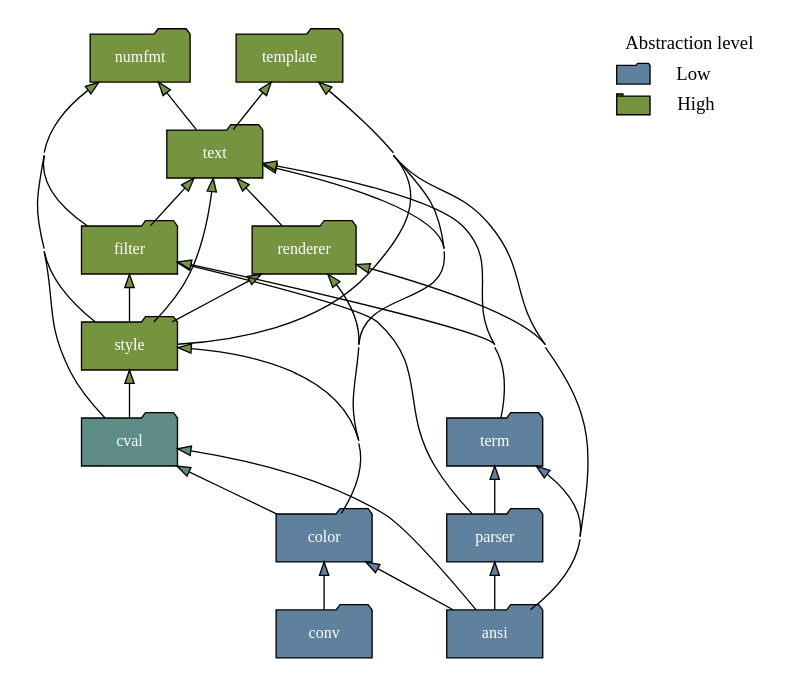
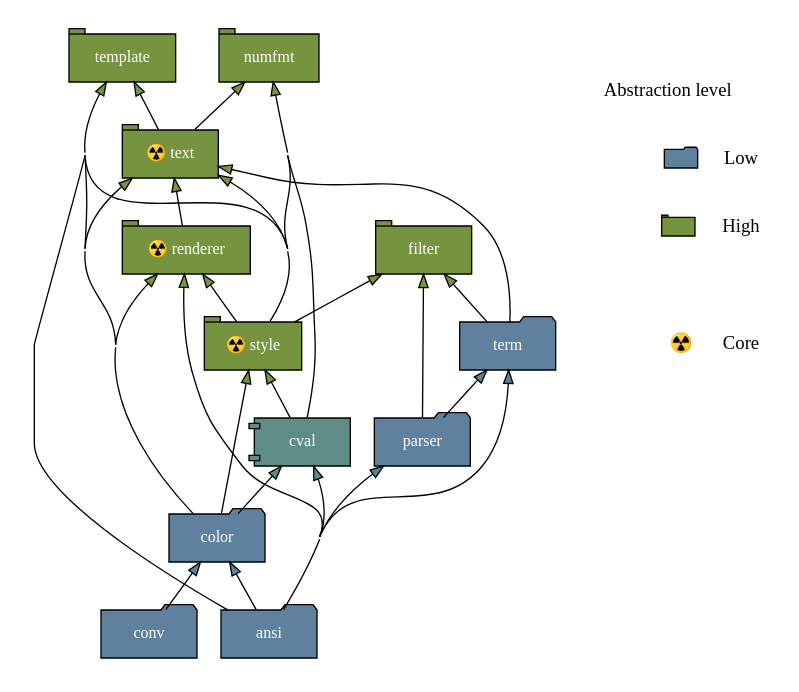
The diagram in docs/_generated/module.dot (delameter/pytermor), drawn with Graphviz before and after one commit. The commit also changed 20 other files, not shown here.

```diff
--- a/docs/_generated/module.dot
+++ b/docs/_generated/module.dot
@@ -1,64 +1,70 @@
 digraph G {
     pad = 0.25;
     concentrate = true;
     ranksep = .5;
     pack = 0;
     rankdir = BT;
 
     node [style="filled",fontname="ElementaCyr-Bold",margin="0.2,0.0",fontsize=12,shape=folder,width=1.0,height=.5];
 
     subgraph legend {
         node [fontname="Finlandica",fontsize=14];
         edge [style="invis"];
 
-        legend_name [shape=plain,fontcolor="#000000",fillcolor="none",label="Abstraction level"];
+        legend_title [shape=plain,fontcolor="#000000",fillcolor="none",label="Abstraction level"];
+
         legend_low [shape=plain,fontcolor="#000000",fillcolor="none",label="Low"];
         legend_high [shape=plain,fontcolor="#000000",fillcolor="none",label="High"];
         icon_low [shape=folder,label="",fillcolor="#5f819d",width=.35,height=.2]
         icon_high [shape=tab,label="",fillcolor="#769440",width=.35,height=.2];
+        icon_core [shape=plain,label="☢️",fillcolor=none,width=.35,height=.2];
 
+         legend_low -> legend_title [constraint=1,minlen=1,headport=e];
+        legend_high -> legend_low  [constraint=1,minlen=1];
         icon_low -> legend_low [constraint=true,minlen=0];
         icon_high -> legend_high [constraint=true,minlen=0];
+        icon_core -> legend_core [constraint=true,minlen=0];
+        legend_core [label=" Core",shape=plain,fillcolor=none];
+        legend_core -> legend_high [constraint=1,minlen=2];
+
     }
 
-    pytermor_ansi [group="low",fillcolor="#5f819d",fontcolor="#ffffff",label="ansi"];
-    pytermor_color [group="low",fillcolor="#5f819d",fontcolor="#ffffff",label="color"];
-    pytermor_conv [group="low",fillcolor="#5f819d",fontcolor="#ffffff",label="conv"];
-    pytermor_cval [group="high",fillcolor="#5e8d87",fontcolor="#ffffff",label="cval"];
-    pytermor_filter [group="high",fillcolor="#769440",fontcolor="#ffffff",label="filter"];
-    pytermor_numfmt [group="high",fillcolor="#769440",fontcolor="#ffffff",label="numfmt"];
-    pytermor_parser [group="low",fillcolor="#5f819d",fontcolor="#ffffff",label="parser"];
-    pytermor_renderer [group="high",fillcolor="#769440",fontcolor="#ffffff",label="renderer"];
-    pytermor_style [group="high",fillcolor="#769440",fontcolor="#ffffff",label="style"];
-    pytermor_template [group="high",fillcolor="#769440",fontcolor="#ffffff",label="template"];
-    pytermor_term [group="low",fillcolor="#5f819d",fontcolor="#ffffff",label="term"];
-    pytermor_text [group="high",fillcolor="#769440",fontcolor="#ffffff",label="text"];
-    pytermor_ansi -> pytermor_color [fillcolor="#5f819d"];
-    pytermor_ansi -> pytermor_cval [fillcolor="#5e8d87"];
-    pytermor_ansi -> pytermor_parser [fillcolor="#5f819d"];
-    pytermor_ansi -> pytermor_renderer [fillcolor="#769440"];
-    pytermor_ansi -> pytermor_template [fillcolor="#769440"];
-    pytermor_ansi -> pytermor_term [fillcolor="#5f819d"];
-    pytermor_color -> pytermor_cval [fillcolor="#5e8d87"];
-    pytermor_color -> pytermor_renderer [fillcolor="#769440"];
-    pytermor_color -> pytermor_style [fillcolor="#769440"];
-    pytermor_color -> pytermor_template [fillcolor="#769440"];
-    pytermor_color -> pytermor_text [fillcolor="#769440"];
-    pytermor_conv -> pytermor_color [fillcolor="#5f819d"];
-    pytermor_cval -> pytermor_numfmt [fillcolor="#769440"];
-    pytermor_cval -> pytermor_style [fillcolor="#769440"];
-    pytermor_filter -> pytermor_numfmt [fillcolor="#769440"];
-    pytermor_filter -> pytermor_text [fillcolor="#769440"];
-    pytermor_parser -> pytermor_filter [fillcolor="#769440"];
-    pytermor_parser -> pytermor_term [fillcolor="#5f819d"];
-    pytermor_renderer -> pytermor_text [fillcolor="#769440"];
-    pytermor_style -> pytermor_filter [fillcolor="#769440"];
-    pytermor_style -> pytermor_numfmt [fillcolor="#769440"];
-    pytermor_style -> pytermor_renderer [fillcolor="#769440"];
-    pytermor_style -> pytermor_template [fillcolor="#769440"];
-    pytermor_style -> pytermor_text [fillcolor="#769440"];
-    pytermor_term -> pytermor_filter [fillcolor="#769440"];
-    pytermor_term -> pytermor_text [fillcolor="#769440"];
-    pytermor_text -> pytermor_numfmt [fillcolor="#769440"];
-    pytermor_text -> pytermor_template [fillcolor="#769440"];
+    pytermor_ansi [group="",fillcolor="#5f819d",fontcolor="#ffffff",label="ansi"];
+    pytermor_color [group="",fillcolor="#5f819d",fontcolor="#ffffff",label="color"];
+    pytermor_conv [group="",fillcolor="#5f819d",fontcolor="#ffffff",label="conv"];
+    pytermor_cval [shape="component",group="",fillcolor="#5e8d87",fontcolor="#ffffff",label="cval"];
+    pytermor_filter [shape="tab",group="",fillcolor="#769440",fontcolor="#ffffff",label="filter"];
+    pytermor_numfmt [shape="tab",group="",fillcolor="#769440",fontcolor="#ffffff",label="numfmt"];
+    pytermor_parser [group="",fillcolor="#5f819d",fontcolor="#ffffff",label="parser"];
+    pytermor_renderer [shape="tab",group="",fillcolor="#769440",fontcolor="#ffffff",label="☢️ renderer"];
+    pytermor_style [shape="tab",group="",fillcolor="#769440",fontcolor="#ffffff",label="☢️ style"];
+    pytermor_template [shape="tab",group="",fillcolor="#769440",fontcolor="#ffffff",label="template"];
+    pytermor_term [group="",fillcolor="#5f819d",fontcolor="#ffffff",label="term"];
+    pytermor_text [shape="tab",group="",fillcolor="#769440",fontcolor="#ffffff",label="☢️ text"];
+    pytermor_ansi -> pytermor_color [group="",fillcolor="#5f819d"];
+    pytermor_ansi -> pytermor_cval [group="",shape="component",group="",fillcolor="#5e8d87"];
+    pytermor_ansi -> pytermor_parser [group="",fillcolor="#5f819d"];
+    pytermor_ansi -> pytermor_renderer [group="",shape="tab",group="",fillcolor="#769440"];
+    pytermor_ansi -> pytermor_template [group="",shape="tab",group="",fillcolor="#769440"];
+    pytermor_ansi -> pytermor_term [group="",fillcolor="#5f819d"];
+    pytermor_color -> pytermor_cval [group="",shape="component",group="",fillcolor="#5e8d87"];
+    pytermor_color -> pytermor_renderer [group="",shape="tab",group="",fillcolor="#769440"];
+    pytermor_color -> pytermor_style [group="",shape="tab",group="",fillcolor="#769440"];
+    pytermor_color -> pytermor_template [group="",shape="tab",group="",fillcolor="#769440"];
+    pytermor_color -> pytermor_text [group="",shape="tab",group="",fillcolor="#769440"];
+    pytermor_conv -> pytermor_color [group="",fillcolor="#5f819d"];
+    pytermor_cval -> pytermor_numfmt [shape="component",group="",shape="tab",group="",fillcolor="#769440"];
+    pytermor_cval -> pytermor_style [shape="component",group="",shape="tab",group="",fillcolor="#769440"];
+    pytermor_parser -> pytermor_filter [group="",shape="tab",group="",fillcolor="#769440"];
+    pytermor_parser -> pytermor_term [group="",fillcolor="#5f819d"];
+    pytermor_renderer -> pytermor_text [shape="tab",group="",fillcolor="#769440"];
+    pytermor_style -> pytermor_filter [shape="tab",group="",fillcolor="#769440"];
+    pytermor_style -> pytermor_numfmt [shape="tab",group="",fillcolor="#769440"];
+    pytermor_style -> pytermor_renderer [shape="tab",group="",fillcolor="#769440"];
+    pytermor_style -> pytermor_template [shape="tab",group="",fillcolor="#769440"];
+    pytermor_style -> pytermor_text [shape="tab",group="",fillcolor="#769440"];
+    pytermor_term -> pytermor_filter [group="",shape="tab",group="",fillcolor="#769440"];
+    pytermor_term -> pytermor_text [group="",shape="tab",group="",fillcolor="#769440"];
+    pytermor_text -> pytermor_numfmt [shape="tab",group="",fillcolor="#769440"];
+    pytermor_text -> pytermor_template [shape="tab",group="",fillcolor="#769440"];
 }
```
